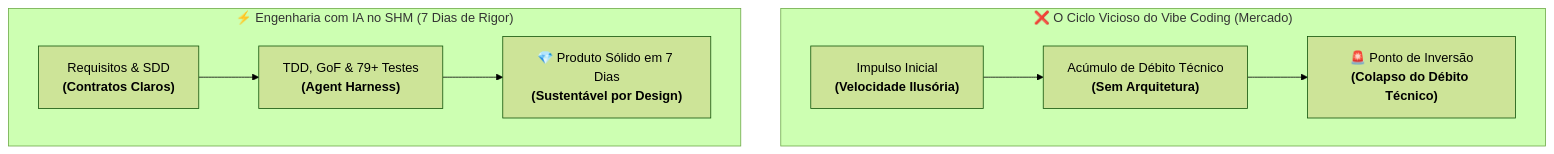
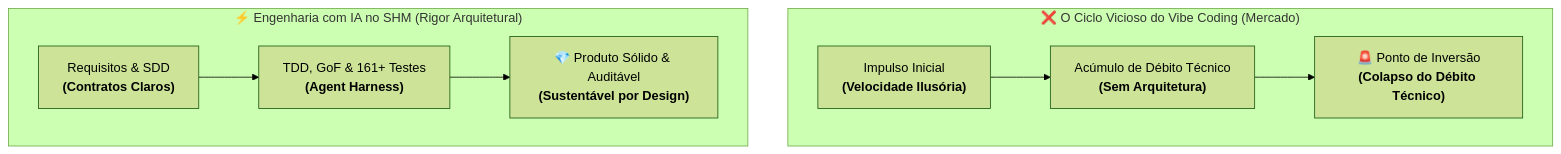
Before and after one commit to andresouza72br-sketch/SHM---Support-Hours-Manage: the first of 2 diagrams in Manifesto/manifesto.md, drawn with Mermaid (forest theme). The commit also changed other lines of this file, not shown here.

First line of the commit message:
docs(manifesto): atualizar manifesto com trilha DNA do contrato, governanca forense e modulo schedule

````diff
--- a/Manifesto/manifesto.md
+++ b/Manifesto/manifesto.md
@@ -43,12 +50,12 @@
 ```mermaid
 flowchart TD
     subgraph Vibe["❌ O Ciclo Vicioso do Vibe Coding (Mercado)"]
         direction LR
         V1["Impulso Inicial<br><b>(Velocidade Ilusória)</b>"] --> V2["Acúmulo de Débito Técnico<br><b>(Sem Arquitetura)</b>"] --> V3["🚨 Ponto de Inversão<br><b>(Colapso do Débito Técnico)</b>"]
     end
     
-    subgraph SHM["⚡ Engenharia com IA no SHM (7 Dias de Rigor)"]
+    subgraph SHM["⚡ Engenharia com IA no SHM (Rigor Arquitetural)"]
         direction LR
-        S1["Requisitos & SDD<br><b>(Contratos Claros)</b>"] --> S2["TDD, GoF & 79+ Testes<br><b>(Agent Harness)</b>"] --> S3["💎 Produto Sólido em 7 Dias<br><b>(Sustentável por Design)</b>"]
+        S1["Requisitos & SDD<br><b>(Contratos Claros)</b>"] --> S2["TDD, GoF & 161+ Testes<br><b>(Agent Harness)</b>"] --> S3["💎 Produto Sólido & Auditável<br><b>(Sustentável por Design)</b>"]
     end
 ```
````
